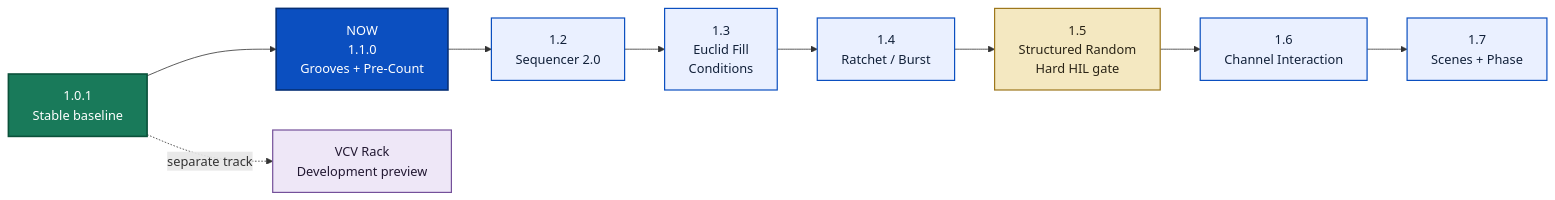
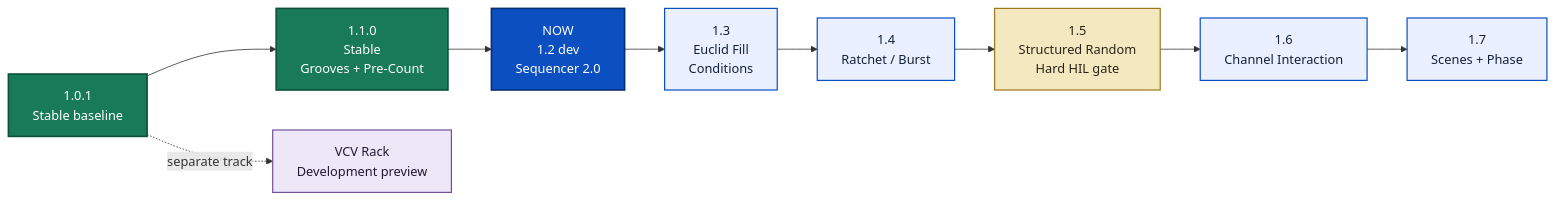
The diagram in README.md (napolitano/eurorack-clock-firmware), drawn with Mermaid before and after one commit. The commit also changed other lines of this file and 37 other files, not shown here.

````diff
--- a/README.md
+++ b/README.md
@@ -74,17 +74,18 @@
 ```mermaid
 flowchart LR
-    V1["1.0.1<br/>Stable baseline"] --> G["NOW<br/>1.1.0<br/>Grooves + Pre-Count"] --> S["1.2<br/>Sequencer 2.0"] --> E["1.3<br/>Euclid Fill<br/>Conditions"] --> R["1.4<br/>Ratchet / Burst"] --> N["1.5<br/>Structured Random<br/>Hard HIL gate"] --> I["1.6<br/>Channel Interaction"] --> P["1.7<br/>Scenes + Phase"]
+    V1["1.0.1<br/>Stable baseline"] --> G["1.1.0<br/>Stable<br/>Grooves + Pre-Count"] --> S["NOW<br/>1.2 dev<br/>Sequencer 2.0"] --> E["1.3<br/>Euclid Fill<br/>Conditions"] --> R["1.4<br/>Ratchet / Burst"] --> N["1.5<br/>Structured Random<br/>Hard HIL gate"] --> I["1.6<br/>Channel Interaction"] --> P["1.7<br/>Scenes + Phase"]
     V1 -. separate track .-> VCV["VCV Rack<br/>Development preview"]
 
     classDef current fill:#0B4FC0,color:#ffffff,stroke:#062F75,stroke-width:2px;
     classDef stable fill:#197A5A,color:#ffffff,stroke:#0B513A,stroke-width:2px;
     classDef planned fill:#EAF0FF,color:#12213A,stroke:#0B4FC0,stroke-width:1.5px;
     classDef gate fill:#F4E8C1,color:#2A2416,stroke:#9D771B,stroke-width:1.5px;
     classDef virtual fill:#EEE7F7,color:#221832,stroke:#74509A,stroke-width:1.5px;
 
     class V1 stable;
-    class G current;
-    class S,E,R,I,P planned;
+    class G stable;
+    class S current;
+    class E,R,I,P planned;
     class N gate;
     class VCV virtual;
 ```
````
